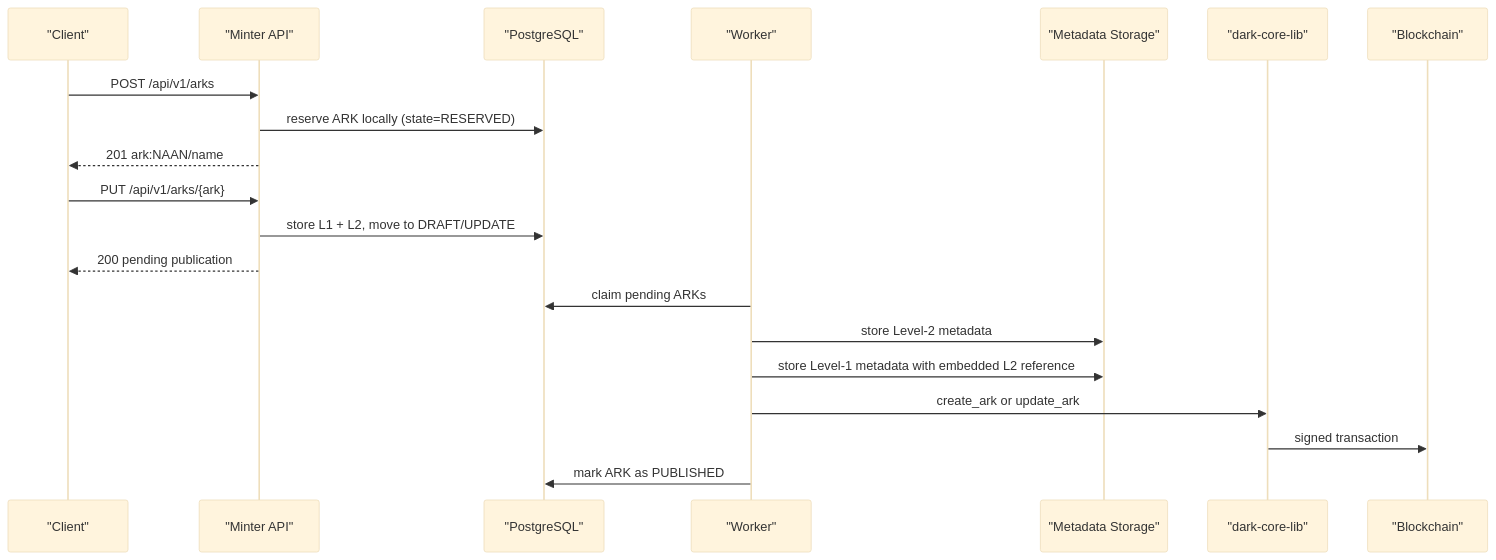
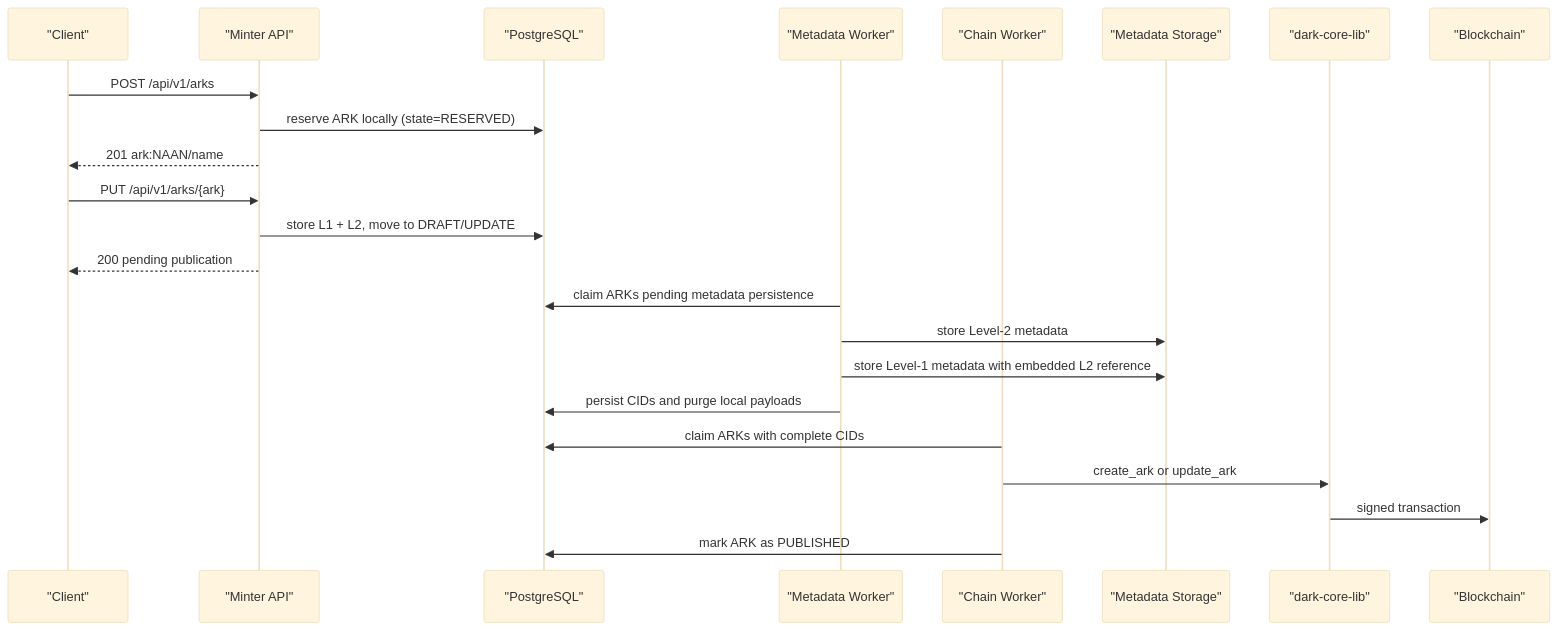
The second of 12 diagrams in README.md (LA-Referencia-IOI/dark-core-minter-api), drawn with Mermaid (base theme) before and after one commit. The commit also changed other lines of this file and 42 other files, not shown here.

First line of the commit message:
Split workers for metadata and chain publishing

````diff
--- a/README.md
+++ b/README.md
@@ -80,25 +89,29 @@
 ```mermaid
 sequenceDiagram
     participant Client as "Client"
     participant API as "Minter API"
     participant DB as "PostgreSQL"
-    participant Worker as "Worker"
+    participant MetadataWorker as "Metadata Worker"
+    participant ChainWorker as "Chain Worker"
     participant Store as "Metadata Storage"
     participant Core as "dark-core-lib"
     participant Chain as "Blockchain"
 
     Client->>API: POST /api/v1/arks
     API->>DB: reserve ARK locally (state=RESERVED)
     API-->>Client: 201 ark:NAAN/name
 
     Client->>API: PUT /api/v1/arks/{ark}
     API->>DB: store L1 + L2, move to DRAFT/UPDATE
     API-->>Client: 200 pending publication
 
-    Worker->>DB: claim pending ARKs
-    Worker->>Store: store Level-2 metadata
-    Worker->>Store: store Level-1 metadata with embedded L2 reference
-    Worker->>Core: create_ark or update_ark
+    MetadataWorker->>DB: claim ARKs pending metadata persistence
+    MetadataWorker->>Store: store Level-2 metadata
+    MetadataWorker->>Store: store Level-1 metadata with embedded L2 reference
+    MetadataWorker->>DB: persist CIDs and purge local payloads
+
+    ChainWorker->>DB: claim ARKs with complete CIDs
+    ChainWorker->>Core: create_ark or update_ark
     Core->>Chain: signed transaction
-    Worker->>DB: mark ARK as PUBLISHED
+    ChainWorker->>DB: mark ARK as PUBLISHED
 ```
````
